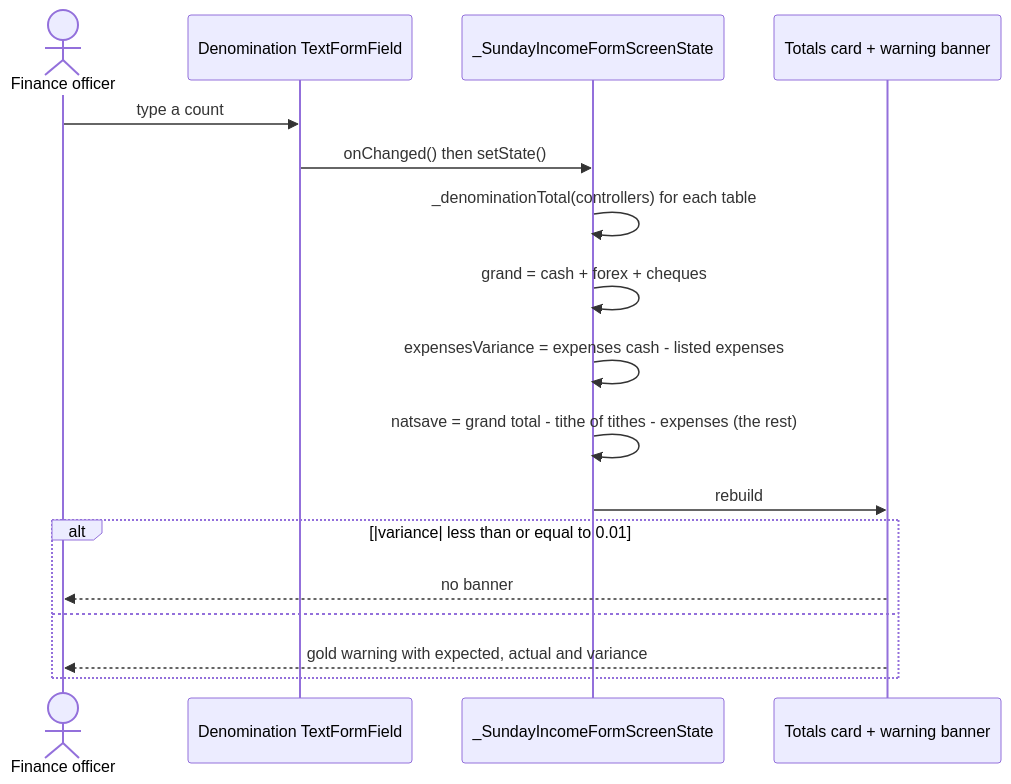
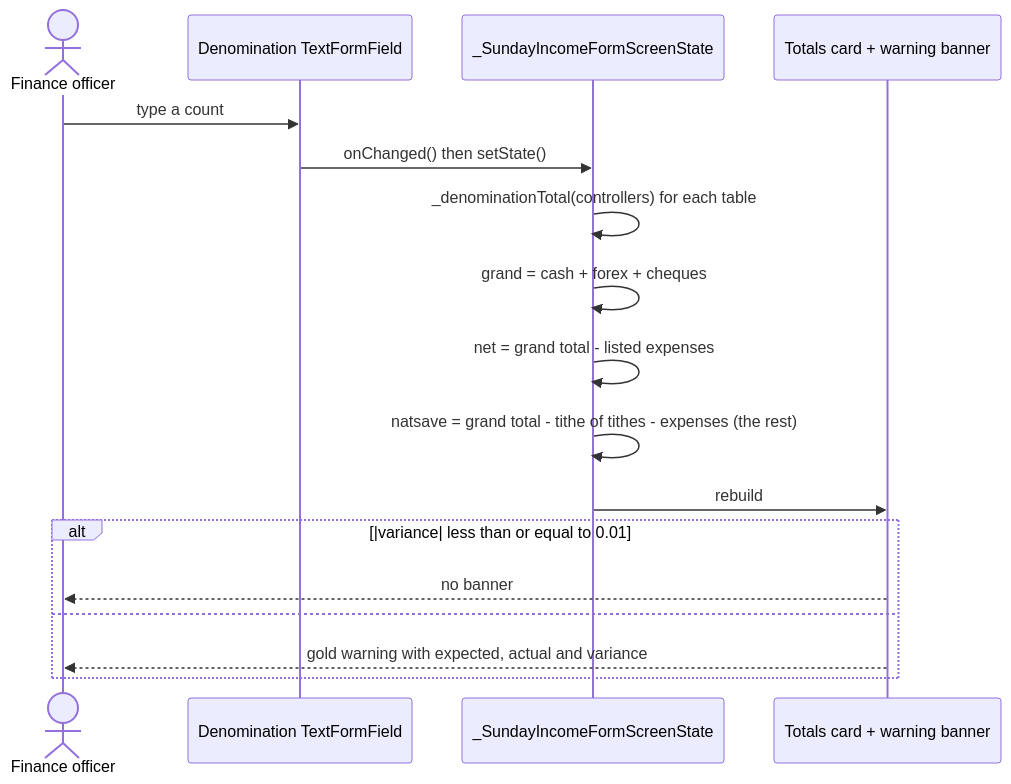
Before and after one commit to kasondebbuku-spec/Lukulu-Bread-of-Life-Church: diagram 12 of 12 in docs/SEQUENCE_DIAGRAMS.md, drawn with Mermaid. The commit also changed other lines of this file and 19 other files, not shown here.

First line of the commit message:
Remove the expenses cash count; expenses are just listed

````diff
--- a/docs/SEQUENCE_DIAGRAMS.md
+++ b/docs/SEQUENCE_DIAGRAMS.md
@@ -339,20 +339,20 @@
 ```mermaid
 sequenceDiagram
     actor F as Finance officer
     participant Tf as Denomination TextFormField
     participant State as _SundayIncomeFormScreenState
     participant UI as Totals card + warning banner
 
     F->>Tf: type a count
     Tf->>State: onChanged() then setState()
     State->>State: _denominationTotal(controllers) for each table
     State->>State: grand = cash + forex + cheques
-    State->>State: expensesVariance = expenses cash - listed expenses
+    State->>State: net = grand total - listed expenses
     State->>State: natsave = grand total - tithe of tithes - expenses (the rest)
     State->>UI: rebuild
     alt |variance| less than or equal to 0.01
         UI-->>F: no banner
     else
         UI-->>F: gold warning with expected, actual and variance
     end
 ```
````
